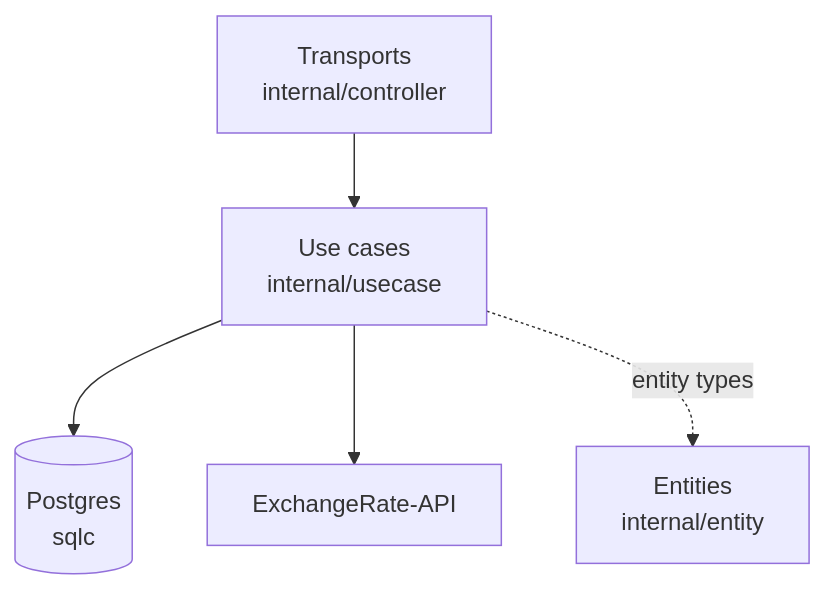
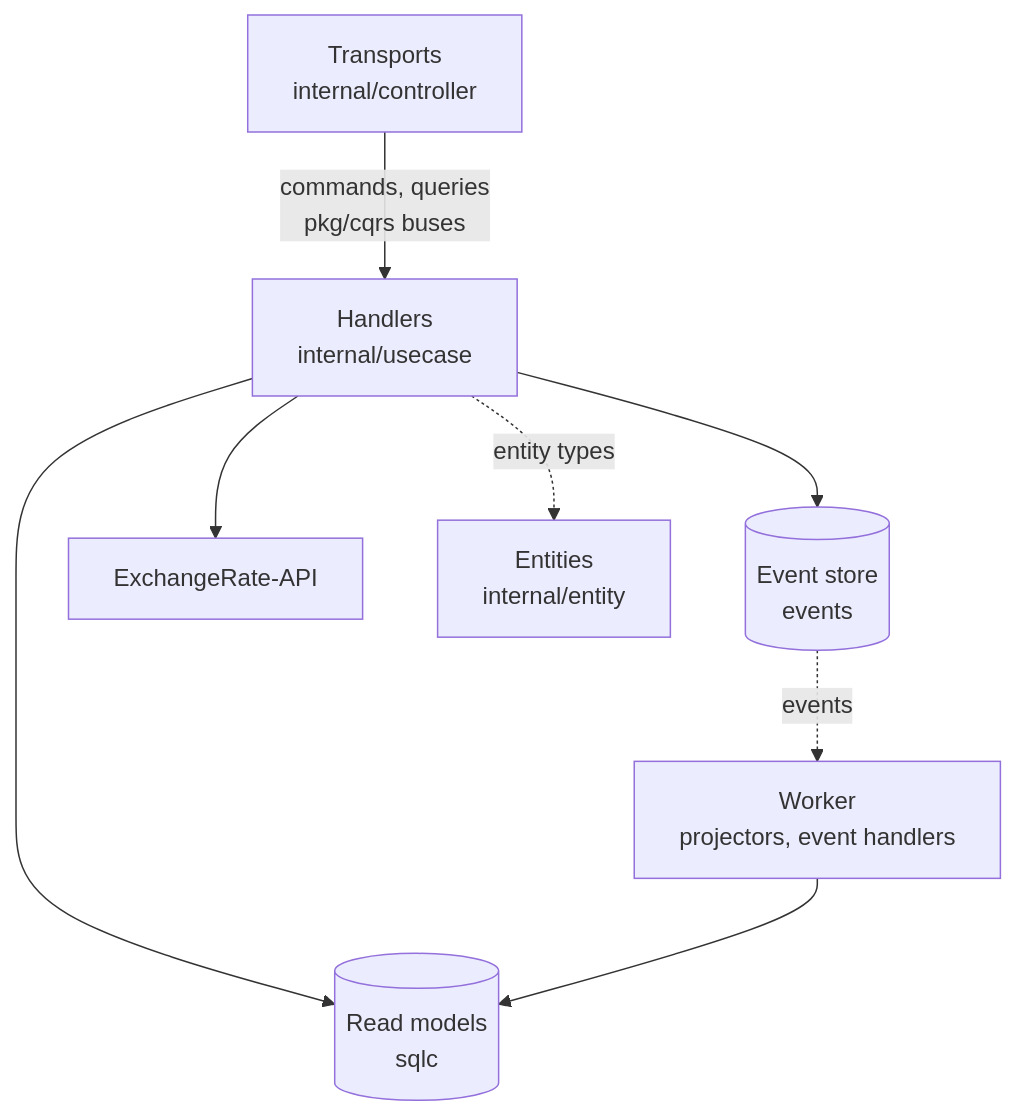
The diagram in docs/architecture.md (m7medVision/go-clean-template), drawn with Mermaid before and after one commit. The commit also changed other lines of this file and 11 other files, not shown here.

First line of the commit message:
docs: document CQRS and event sourcing

````diff
--- a/docs/architecture.md
+++ b/docs/architecture.md
@@ -14,7 +16,10 @@
 ```mermaid
 flowchart TB
-  T["Transports<br/>internal/controller"] --> UC
-  UC["Use cases<br/>internal/usecase"] --> PG[("Postgres<br/>sqlc")]
+  T["Transports<br/>internal/controller"] -- "commands, queries<br/>pkg/cqrs buses" --> UC
+  UC["Handlers<br/>internal/usecase"] --> ES[("Event store<br/>events")]
+  UC --> RM[("Read models<br/>sqlc")]
   UC --> API["ExchangeRate-API"]
+  W["Worker<br/>projectors, event handlers"] --> RM
+  ES -. "events" .-> W
   UC -. "entity types" .-> E["Entities<br/>internal/entity"]
 ```
````
